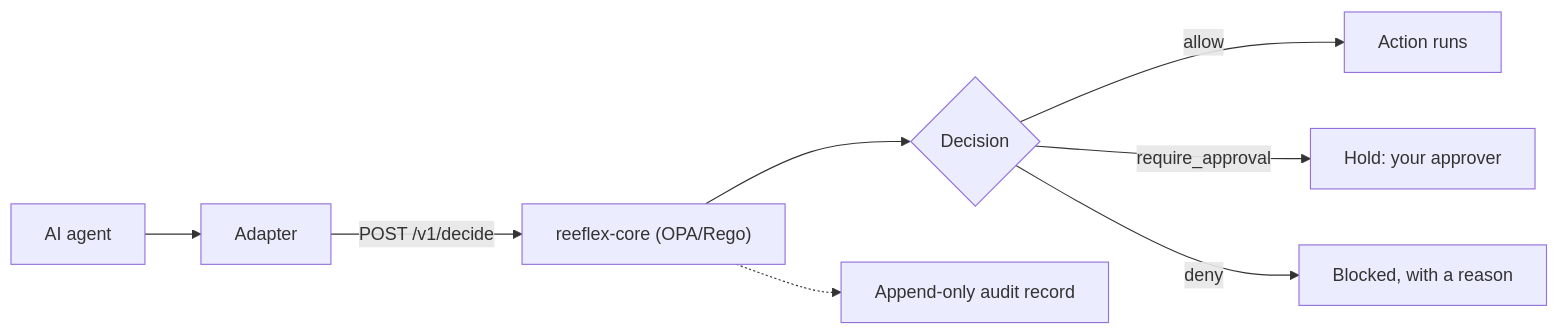
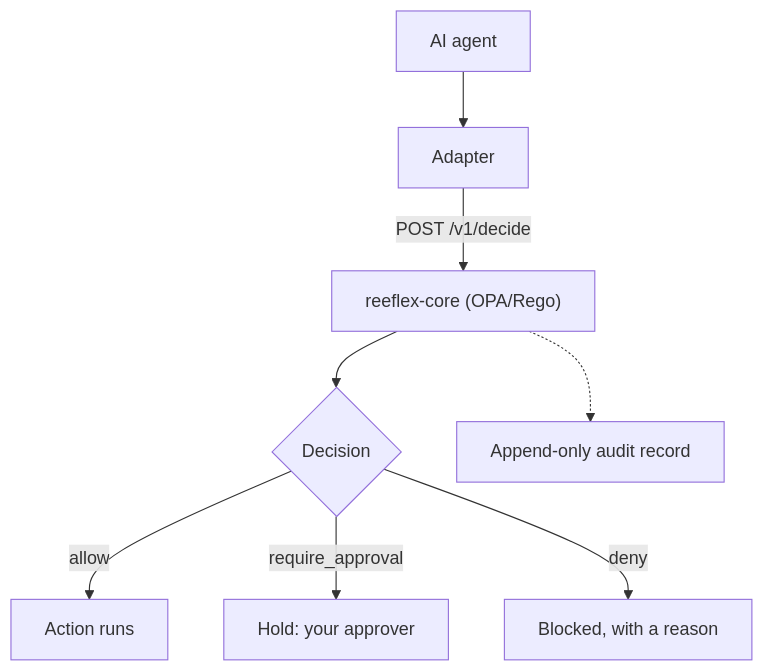
One commit to Reeflex-io/reeflex changed the diagram in docs/concepts/index.md. Above: the diagram before and after it, drawn with Mermaid. The commit also changed 4 other files, not shown here.

````diff
--- a/docs/concepts/index.md
+++ b/docs/concepts/index.md
@@ -39,10 +39,10 @@
 ```mermaid
-flowchart LR
+flowchart TD
     A["AI agent"] --> B["Adapter"]
     B -- "POST /v1/decide" --> C["reeflex-core (OPA/Rego)"]
     C --> D{Decision}
     D -- allow --> E["Action runs"]
     D -- require_approval --> F["Hold: your approver"]
     D -- deny --> G["Blocked, with a reason"]
     C -.-> H["Append-only audit record"]
 ```
````
